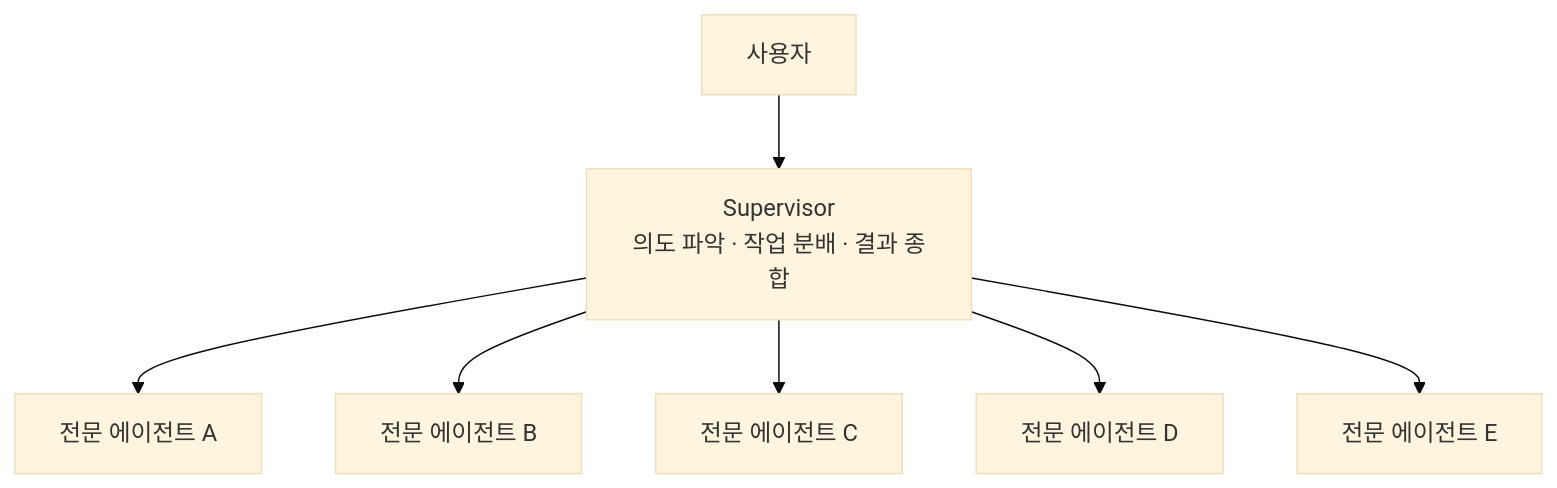
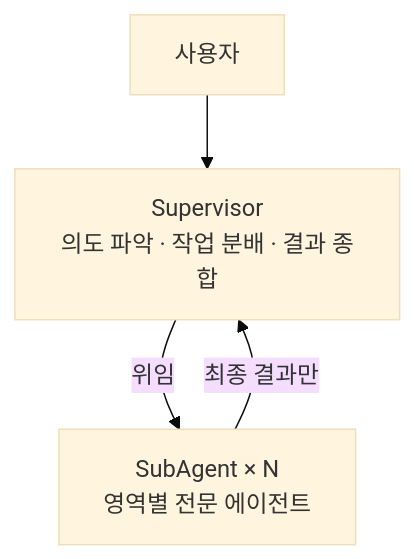
One commit to genie49/genie-cv changed the first of 2 diagrams in data/content/notes/kimpro-harness-engineering.md. Above: the diagram before and after it, drawn with Mermaid (base theme). The commit also changed 6 other files, not shown here.

First line of the commit message:
refactor: 서브에이전트 표기를 A~E 나열에서 SubAgent × N으로 통일

````diff
--- a/data/content/notes/kimpro-harness-engineering.md
+++ b/data/content/notes/kimpro-harness-engineering.md
@@ -23,9 +23,6 @@
 ```mermaid
 graph TB
     User[사용자] --> AM[Supervisor<br/>의도 파악 · 작업 분배 · 결과 종합]
-    AM --> Sub1[전문 에이전트 A]
-    AM --> Sub2[전문 에이전트 B]
-    AM --> Sub3[전문 에이전트 C]
-    AM --> Sub4[전문 에이전트 D]
-    AM --> Sub5[전문 에이전트 E]
+    AM -->|위임| Sub["SubAgent × N<br/>영역별 전문 에이전트"]
+    Sub -->|최종 결과만| AM
 ```
````
